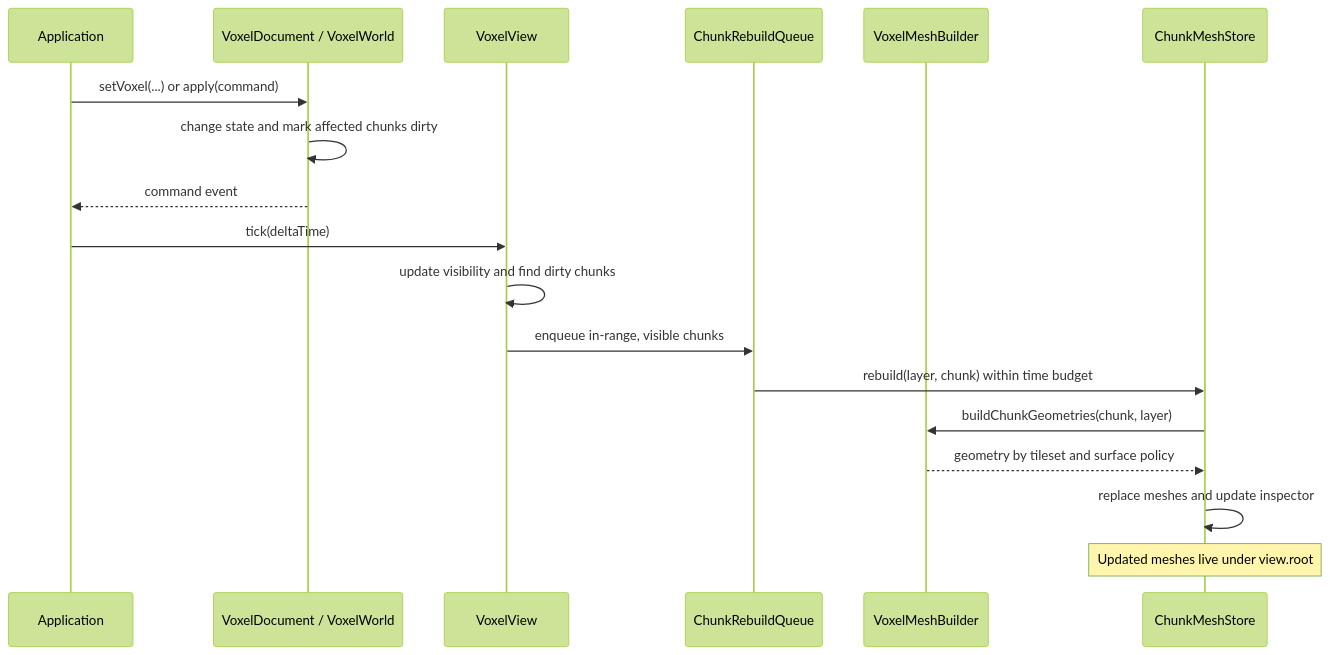
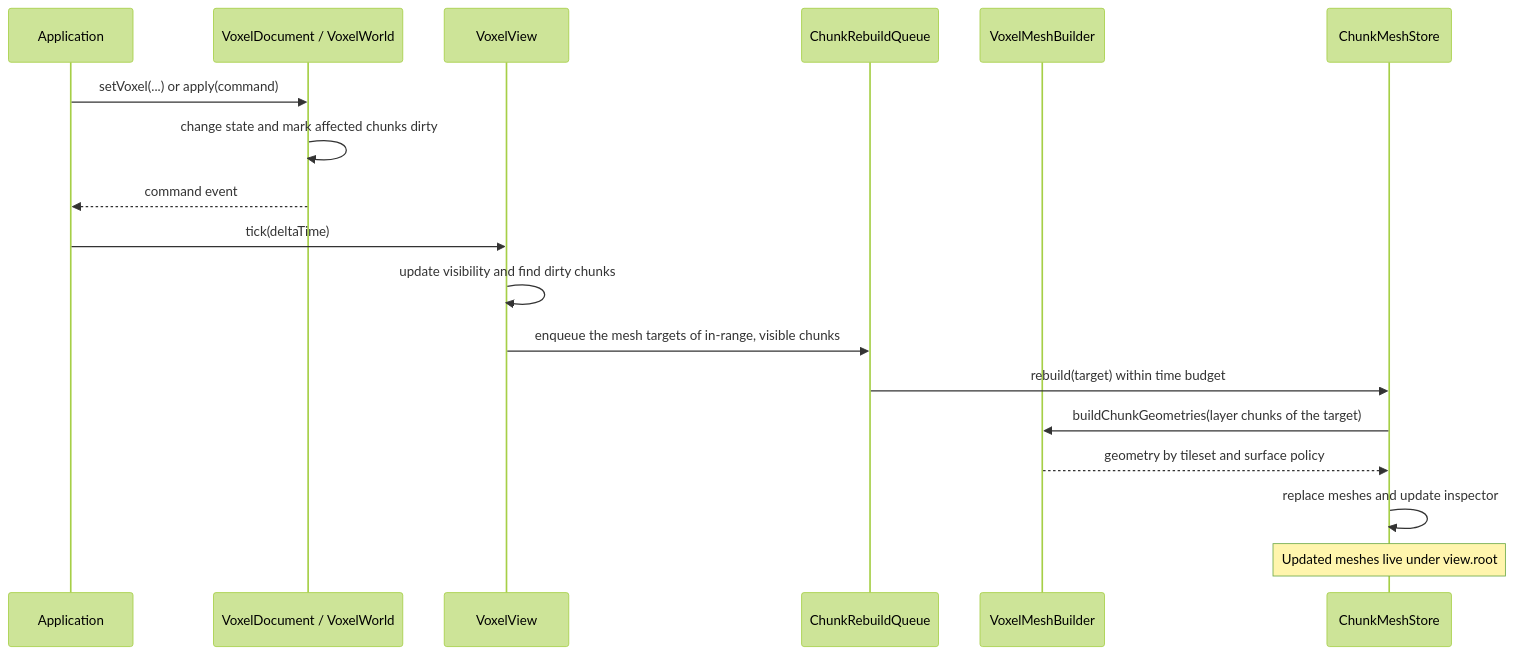
Before and after one commit to JollyPixel/editor: the second of 3 diagrams in packages/voxel-renderer/ARCHITECTURE.md, drawn with Mermaid (forest theme). The commit also changed other lines of this file and 24 other files, not shown here.

````diff
--- a/packages/voxel-renderer/ARCHITECTURE.md
+++ b/packages/voxel-renderer/ARCHITECTURE.md
@@ -52,21 +52,21 @@
 ```mermaid
 sequenceDiagram
     participant App as Application
     participant Document as VoxelDocument / VoxelWorld
     participant View as VoxelView
     participant Queue as ChunkRebuildQueue
     participant Builder as VoxelMeshBuilder
     participant Store as ChunkMeshStore
 
     App->>Document: setVoxel(...) or apply(command)
     Document->>Document: change state and mark affected chunks dirty
     Document-->>App: command event
     App->>View: tick(deltaTime)
     View->>View: update visibility and find dirty chunks
-    View->>Queue: enqueue in-range, visible chunks
-    Queue->>Store: rebuild(layer, chunk) within time budget
-    Store->>Builder: buildChunkGeometries(chunk, layer)
+    View->>Queue: enqueue the mesh targets of in-range, visible chunks
+    Queue->>Store: rebuild(target) within time budget
+    Store->>Builder: buildChunkGeometries(layer chunks of the target)
     Builder-->>Store: geometry by tileset and surface policy
     Store->>Store: replace meshes and update inspector
     Note over Store: Updated meshes live under view.root
 ```
````
